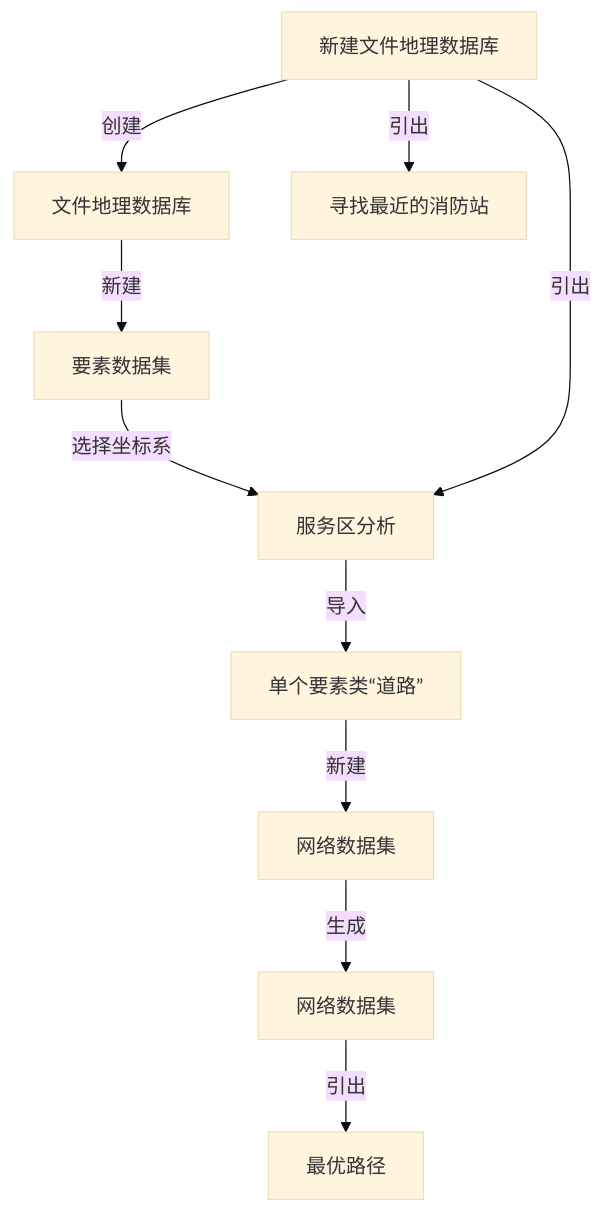
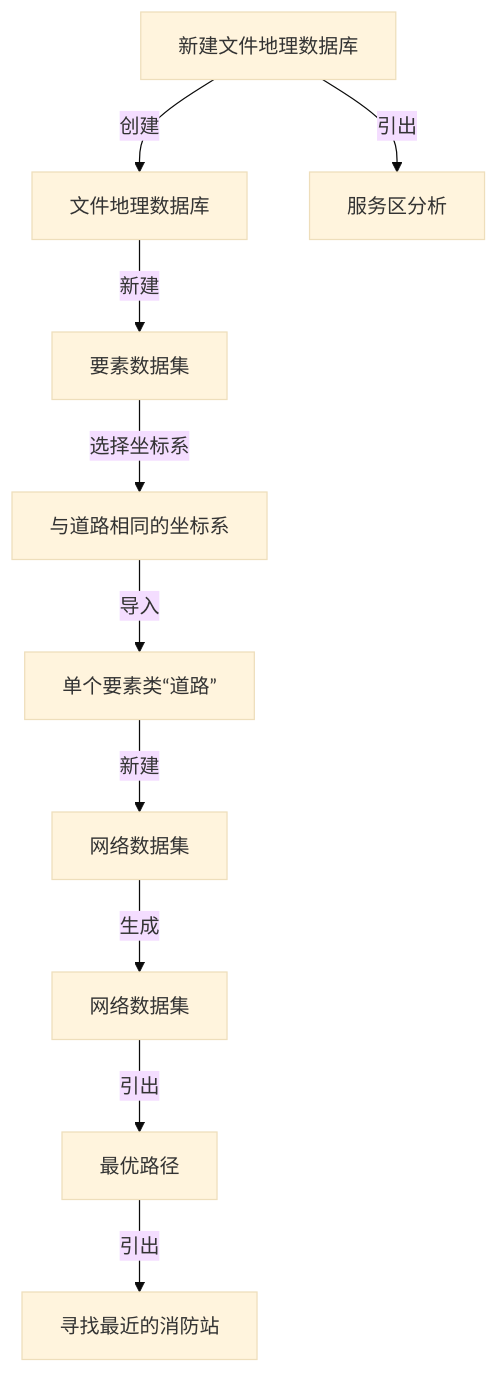
Before and after one commit to newguser/iodraw-files: the diagram in all/未命名.md, drawn with Mermaid (base theme).

Commit message:
2025-02-27 21:14:36 update

````diff
--- a/all/未命名.md
+++ b/all/未命名.md
@@ -1,12 +1,12 @@
 ```mermaid
 graph TD
     A[新建文件地理数据库] -->|创建| B[文件地理数据库]
     B -->|新建| C[要素数据集]
     C -->|选择坐标系| D[与道路相同的坐标系]
     D -->|导入| E[单个要素类“道路”]
     E -->|新建| F[网络数据集]
     F -->|生成| G[网络数据集]
     G[网络数据集] -->|引出| H[最优路径]
-    A -->|引出| I[寻找最近的消防站]
-    A -->|引出| D[服务区分析]
+     -->|引出| I[寻找最近的消防站]
+    A -->|引出| J[服务区分析]
 ```
````
